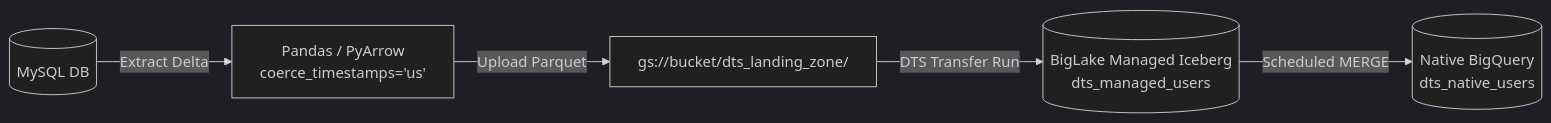
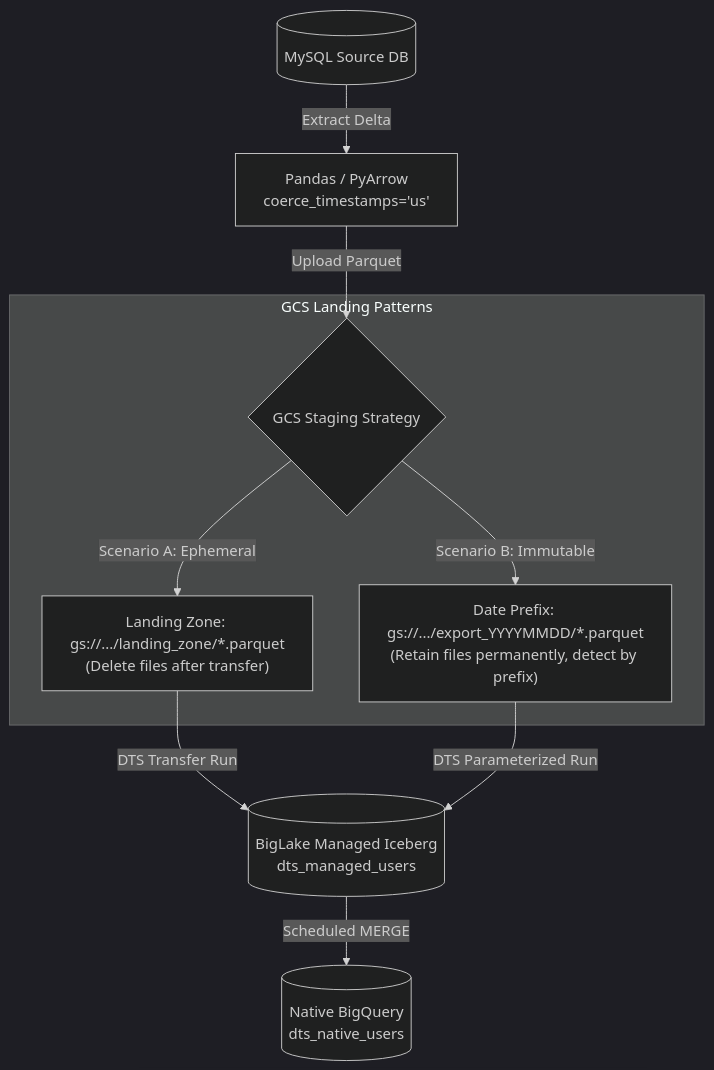
One commit to mchoirulgx/BigQuery-BigLake changed the diagram in docs/03_dts_to_iceberg/06_dts_parquet_migration.md. Above: the diagram before and after it, drawn with Mermaid (dark theme). The commit also changed other lines of this file and 7 other files, not shown here.

Commit message:
docs: clarify GCS staging patterns (post-ingestion cleanup vs filename detection)

````diff
--- a/docs/03_dts_to_iceberg/06_dts_parquet_migration.md
+++ b/docs/03_dts_to_iceberg/06_dts_parquet_migration.md
@@ -20,7 +34,14 @@
 ```mermaid
-flowchart LR
-    MySQL[(MySQL DB)] -->|Extract Delta| Py[Pandas / PyArrow<br/>coerce_timestamps='us']
-    Py -->|Upload Parquet| GCS[gs://bucket/dts_landing_zone/]
-    GCS -->|DTS Transfer Run| Iceberg[(BigLake Managed Iceberg<br/>dts_managed_users)]
+flowchart TD
+    MySQL[(MySQL Source DB)] -->|Extract Delta| Py[Pandas / PyArrow<br/>coerce_timestamps='us']
+    Py -->|Upload Parquet| GCS_Choice{GCS Staging Strategy}
+    
+    subgraph Staging_Options [GCS Landing Patterns]
+        GCS_Choice -->|Scenario A: Ephemeral| GCS_Del["Landing Zone: gs://.../landing_zone/*.parquet<br/>(Delete files after transfer)"]
+        GCS_Choice -->|Scenario B: Immutable| GCS_Retain["Date Prefix: gs://.../export_YYYYMMDD/*.parquet<br/>(Retain files permanently, detect by prefix)"]
+    end
+
+    GCS_Del -->|DTS Transfer Run| Iceberg[(BigLake Managed Iceberg<br/>dts_managed_users)]
+    GCS_Retain -->|DTS Parameterized Run| Iceberg
     Iceberg -->|Scheduled MERGE| NativeBQ[(Native BigQuery<br/>dts_native_users)]
 ```
````
